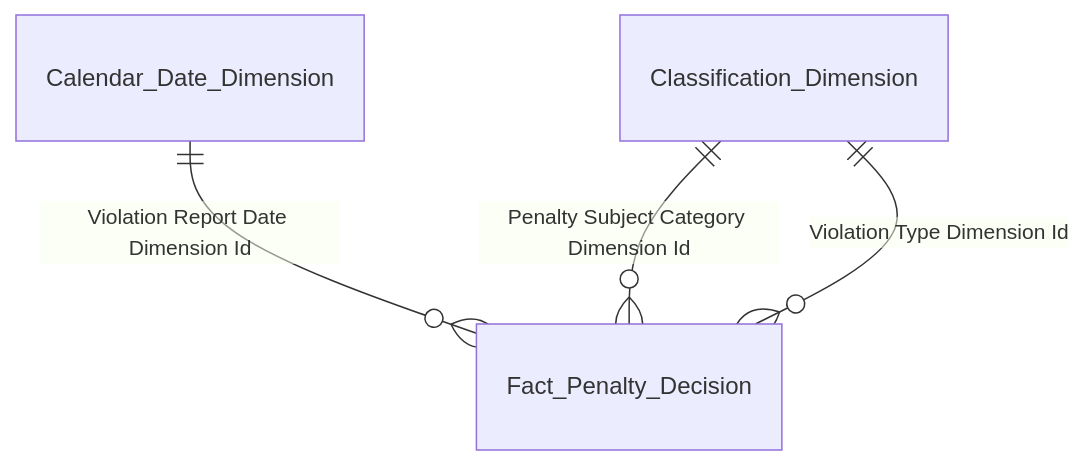
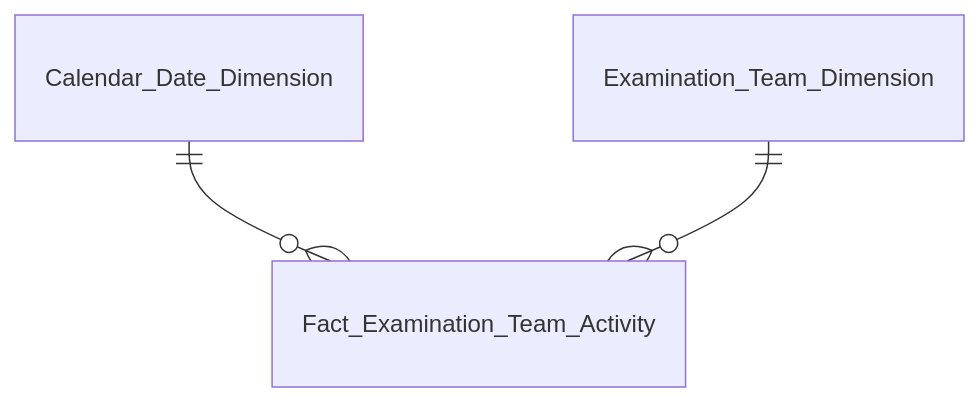
The second of 8 diagrams in Datamart/hld/DTM_TT_Entities.md (linhlvit/ubck_atomic_design), drawn with Mermaid before and after one commit. The commit also changed other lines of this file and 41 other files, not shown here.

````diff
--- a/Datamart/hld/DTM_TT_Entities.md
+++ b/Datamart/hld/DTM_TT_Entities.md
@@ -68,6 +25,5 @@
 ```mermaid
 erDiagram
-    Calendar_Date_Dimension ||--o{ Fact_Penalty_Decision : "Violation Report Date Dimension Id"
-    Classification_Dimension ||--o{ Fact_Penalty_Decision : "Penalty Subject Category Dimension Id"
-    Classification_Dimension ||--o{ Fact_Penalty_Decision : "Violation Type Dimension Id"
+    Calendar_Date_Dimension ||--o{ Fact_Examination_Team_Activity : " "
+    Examination_Team_Dimension ||--o{ Fact_Examination_Team_Activity : " "
 ```
````
